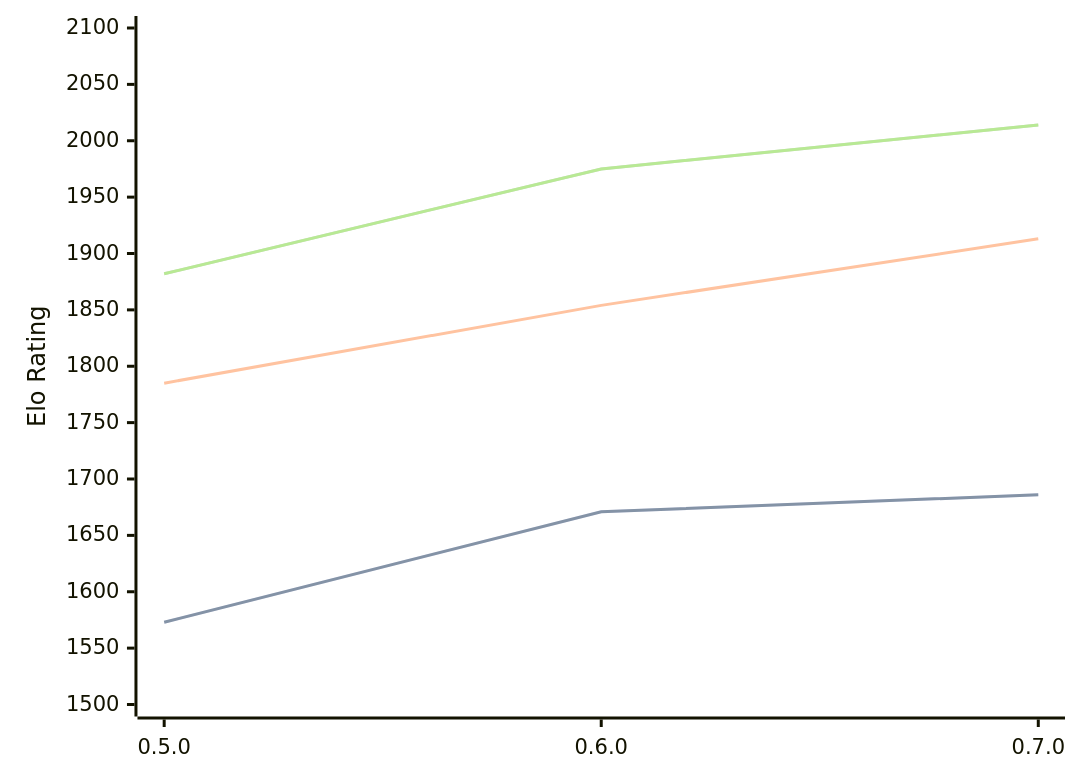
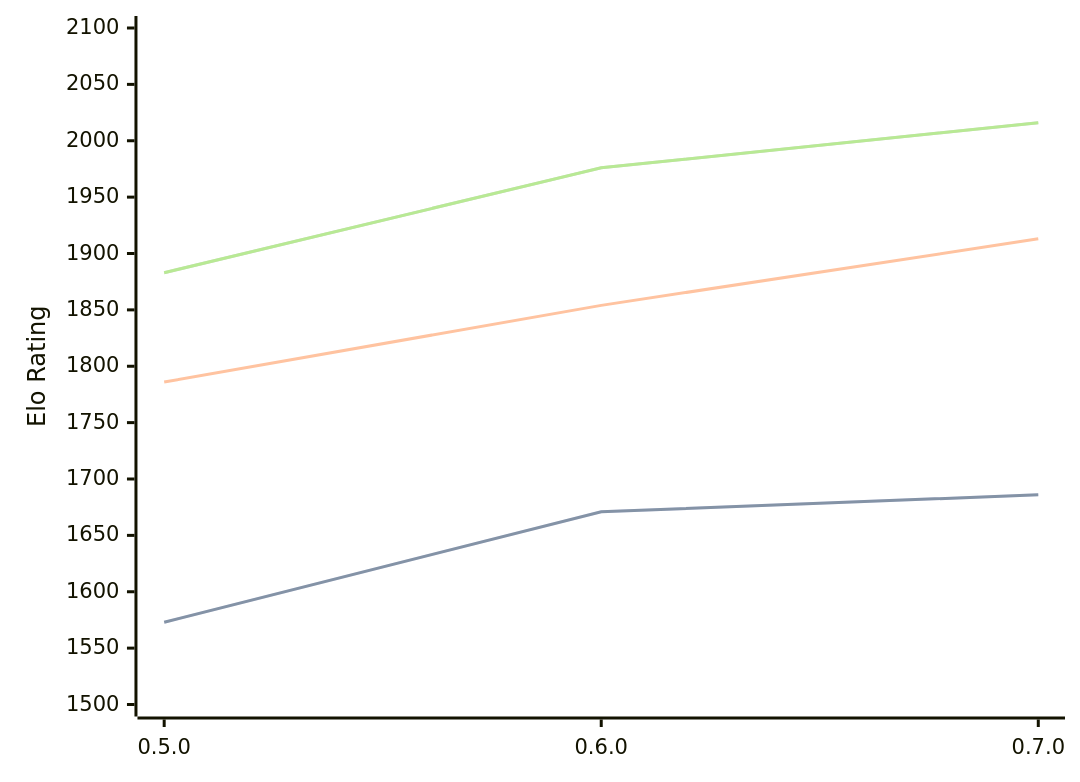
Before and after one commit to computer-chess-index/cci: the first of 3 diagrams in engines/Chess-rs.md, drawn with Mermaid. The commit also changed other lines of this file, not shown here.

Commit message:
Update CCI Ratings (ELO VLTC) - 2026-06-24

````diff
--- a/engines/Chess-rs.md
+++ b/engines/Chess-rs.md
@@ -41,11 +41,11 @@
 ```mermaid
 %%{init: {"theme":"base","themeVariables":{"seriesColors:['#a3a3a3','#222221','#faa371']}}}%%
 xychart-beta
   x-axis ["0.5.0", "0.6.0", "0.7.0"]
   y-axis "Elo Rating" 1500 --> 2100
   line "STC (8.0+0.08s)" [1573, 1671, 1686]
   line "STC (8.0+0.08s)" [1573, 1671, 1686]
-  line "LTC (60.0+0.60s)" [1785, 1854, 1913]
-  line "VLTC (2m24s+1.12s)" [1882, 1975, 2014]
-  line "VLTC (2m24s+1.12s)" [1882, 1975, 2014]
+  line "LTC (60.0+0.60s)" [1786, 1854, 1913]
+  line "VLTC (2m24s+1.12s)" [1883, 1976, 2016]
+  line "VLTC (2m24s+1.12s)" [1883, 1976, 2016]
 ```
````
